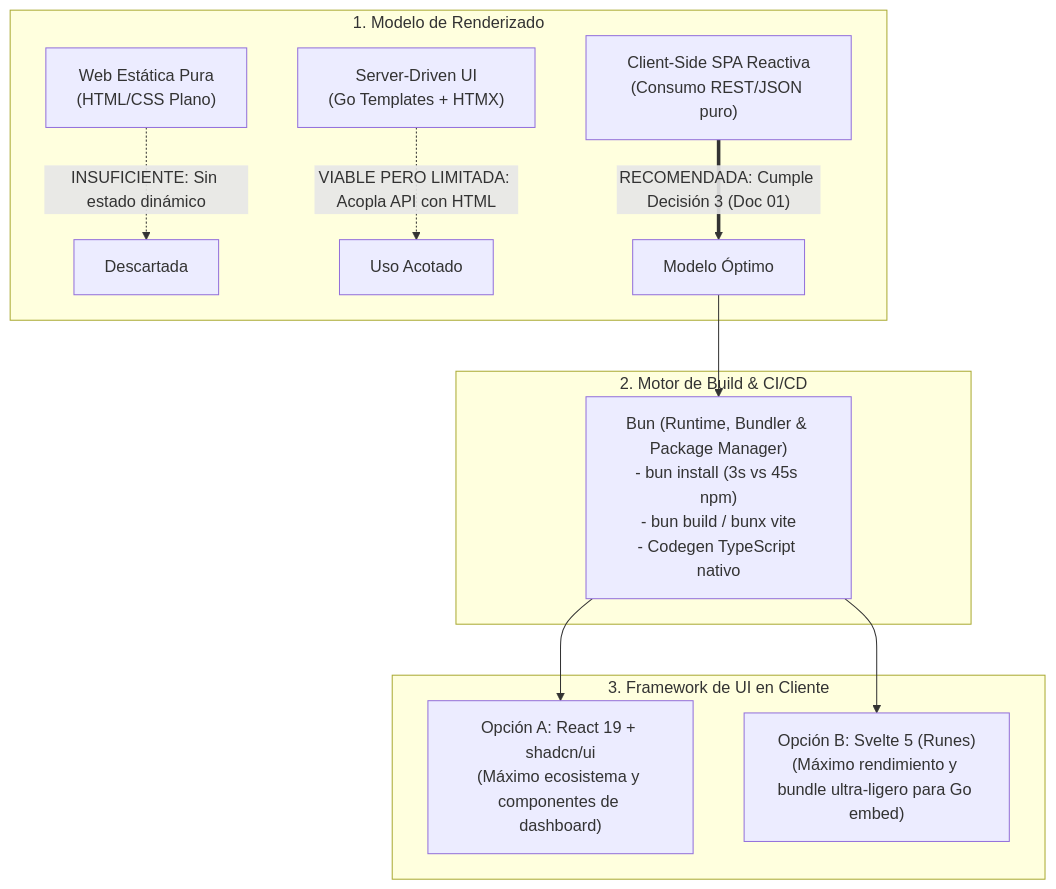
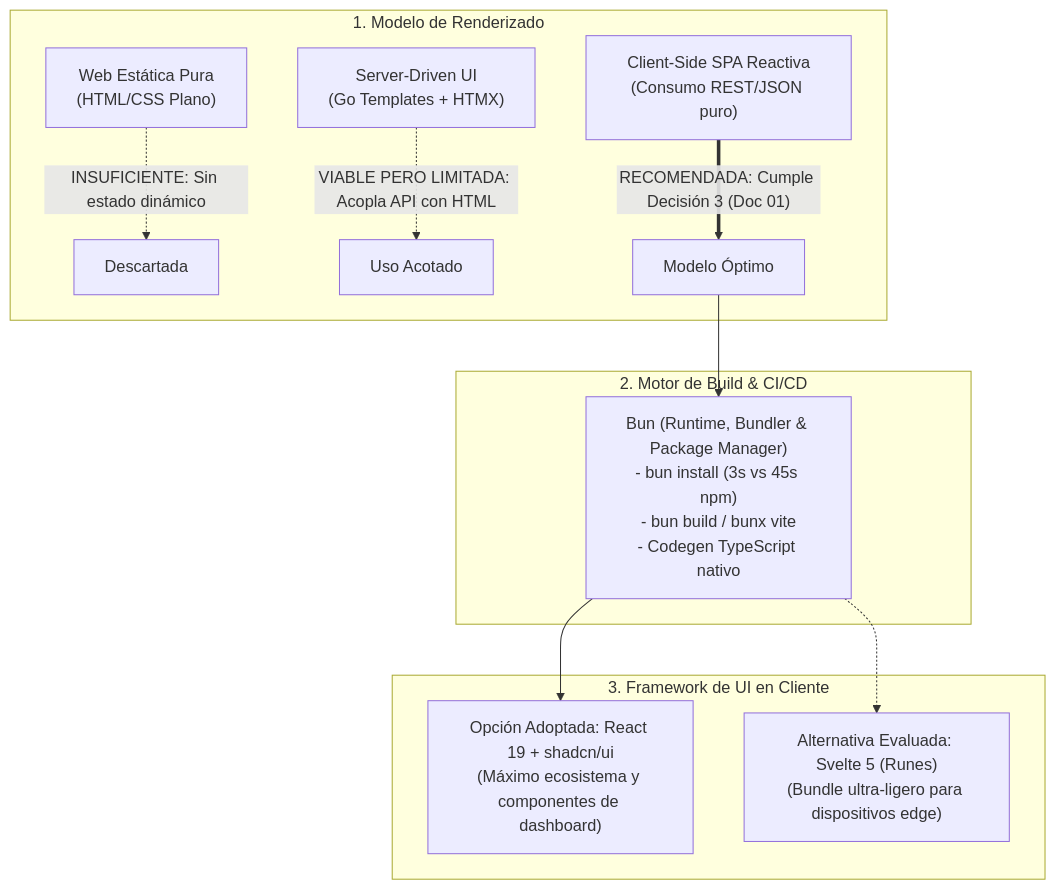
One commit to CesarAchig/Kinara-Registry changed the third of 4 diagrams in Planification/09-investigacion-aplicaciones-y-stack-tecnologico.md. Above: the diagram before and after it, drawn with Mermaid. The commit also changed other lines of this file and 10 other files, not shown here.

````diff
--- a/Planification/09-investigacion-aplicaciones-y-stack-tecnologico.md
+++ b/Planification/09-investigacion-aplicaciones-y-stack-tecnologico.md
@@ -140,21 +140,21 @@
 ```mermaid
 flowchart TD
     subgraph DeliveryModel["1. Modelo de Renderizado"]
         Static["Web Estática Pura\n(HTML/CSS Plano)"] -.->|"INSUFICIENTE: Sin estado dinámico"| Rejected["Descartada"]
         HTMX["Server-Driven UI\n(Go Templates + HTMX)"] -.->|"VIABLE PERO LIMITADA: Acopla API con HTML"| Partial["Uso Acotado"]
         SPA["Client-Side SPA Reactiva\n(Consumo REST/JSON puro)"] ==>|"RECOMENDADA: Cumple Decisión 3 (Doc 01)"| Approved["Modelo Óptimo"]
     end
 
     subgraph ToolingAndBuild["2. Motor de Build & CI/CD"]
         Bun["Bun (Runtime, Bundler & Package Manager)\n- bun install (3s vs 45s npm)\n- bun build / bunx vite\n- Codegen TypeScript nativo"]
     end
 
     subgraph ReactiveOptions["3. Framework de UI en Cliente"]
-        React["Opción A: React 19 + shadcn/ui\n(Máximo ecosistema y componentes de dashboard)"]
-        Svelte["Opción B: Svelte 5 (Runes)\n(Máximo rendimiento y bundle ultra-ligero para Go embed)"]
+        React["Opción Adoptada: React 19 + shadcn/ui\n(Máximo ecosistema y componentes de dashboard)"]
+        Svelte["Alternativa Evaluada: Svelte 5 (Runes)\n(Bundle ultra-ligero para dispositivos edge)"]
     end
 
     Approved --> Bun
     Bun --> React
-    Bun --> Svelte
+    Bun -.-> Svelte
 ```
````
